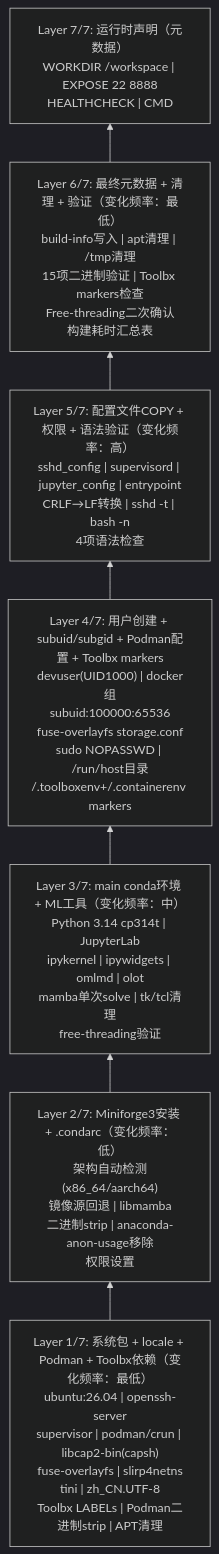
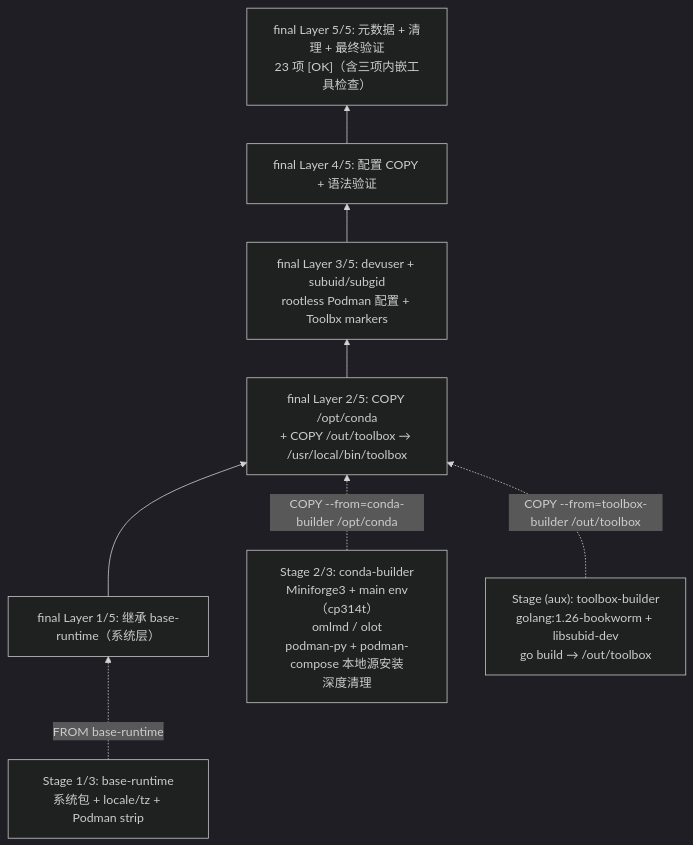
The diagram in apps/containers/jupyter-podman-rootless/docs/04-image-architecture.md (xinetzone/SpecWeave), drawn with Mermaid (dark theme) before and after one commit. The commit also changed other lines of this file and 11 other files, not shown here.

First line of the commit message:
docs(jupyter-podman-rootless): 同步内嵌上游工具与 stage 机制的规则与文档

````diff
--- a/apps/containers/jupyter-podman-rootless/docs/04-image-architecture.md
+++ b/apps/containers/jupyter-podman-rootless/docs/04-image-architecture.md
@@ -12,11 +12,15 @@
 ```mermaid
 flowchart BT
-    L7["Layer 7/7: 运行时声明（元数据）<br/>WORKDIR /workspace | EXPOSE 22 8888<br/>HEALTHCHECK | CMD"]
-    L6["Layer 6/7: 最终元数据 + 清理 + 验证（变化频率：最低）<br/>build-info写入 | apt清理 | /tmp清理<br/>15项二进制验证 | Toolbx markers检查<br/>Free-threading二次确认<br/>构建耗时汇总表"]
-    L5["Layer 5/7: 配置文件COPY + 权限 + 语法验证（变化频率：高）<br/>sshd_config | supervisord | jupyter_config | entrypoint<br/>CRLF→LF转换 | sshd -t | bash -n<br/>4项语法检查"]
-    L4["Layer 4/7: 用户创建 + subuid/subgid + Podman配置 + Toolbx markers<br/>devuser(UID1000) | docker组<br/>subuid:100000:65536<br/>fuse-overlayfs storage.conf<br/>sudo NOPASSWD | /run/host目录<br/>/.toolboxenv+/.containerenv markers"]
-    L3["Layer 3/7: main conda环境 + ML工具（变化频率：中）<br/>Python 3.14 cp314t | JupyterLab<br/>ipykernel | ipywidgets | omlmd | olot<br/>mamba单次solve | tk/tcl清理<br/>free-threading验证"]
-    L2["Layer 2/7: Miniforge3安装 + .condarc（变化频率：低）<br/>架构自动检测(x86_64/aarch64)<br/>镜像源回退 | libmamba<br/>二进制strip | anaconda-anon-usage移除<br/>权限设置"]
-    L1["Layer 1/7: 系统包 + locale + Podman + Toolbx依赖（变化频率：最低）<br/>ubuntu:26.04 | openssh-server<br/>supervisor | podman/crun | libcap2-bin(capsh)<br/>fuse-overlayfs | slirp4netns<br/>tini | zh_CN.UTF-8<br/>Toolbx LABELs | Podman二进制strip | APT清理"]
-    L1 --> L2 --> L3 --> L4 --> L5 --> L6 --> L7
+    BR["Stage 1/3: base-runtime<br/>系统包 + locale/tz + Podman strip"]
+    TB["Stage (aux): toolbox-builder<br/>golang:1.26-bookworm + libsubid-dev<br/>go build → /out/toolbox"]
+    CB["Stage 2/3: conda-builder<br/>Miniforge3 + main env（cp314t）<br/>omlmd / olot<br/>podman-py + podman-compose 本地源安装<br/>深度清理"]
+    L1["final Layer 1/5: 继承 base-runtime（系统层）"]
+    L2["final Layer 2/5: COPY /opt/conda<br/>+ COPY /out/toolbox → /usr/local/bin/toolbox"]
+    L3["final Layer 3/5: devuser + subuid/subgid<br/>rootless Podman 配置 + Toolbx markers"]
+    L4["final Layer 4/5: 配置 COPY + 语法验证"]
+    L5["final Layer 5/5: 元数据 + 清理 + 最终验证<br/>23 项 [OK]（含三项内嵌工具检查）"]
+    L1 --> L2 --> L3 --> L4 --> L5
+    BR -. "FROM base-runtime" .-> L1
+    CB -. "COPY --from=conda-builder /opt/conda" .-> L2
+    TB -. "COPY --from=toolbox-builder /out/toolbox" .-> L2
 ```
````
